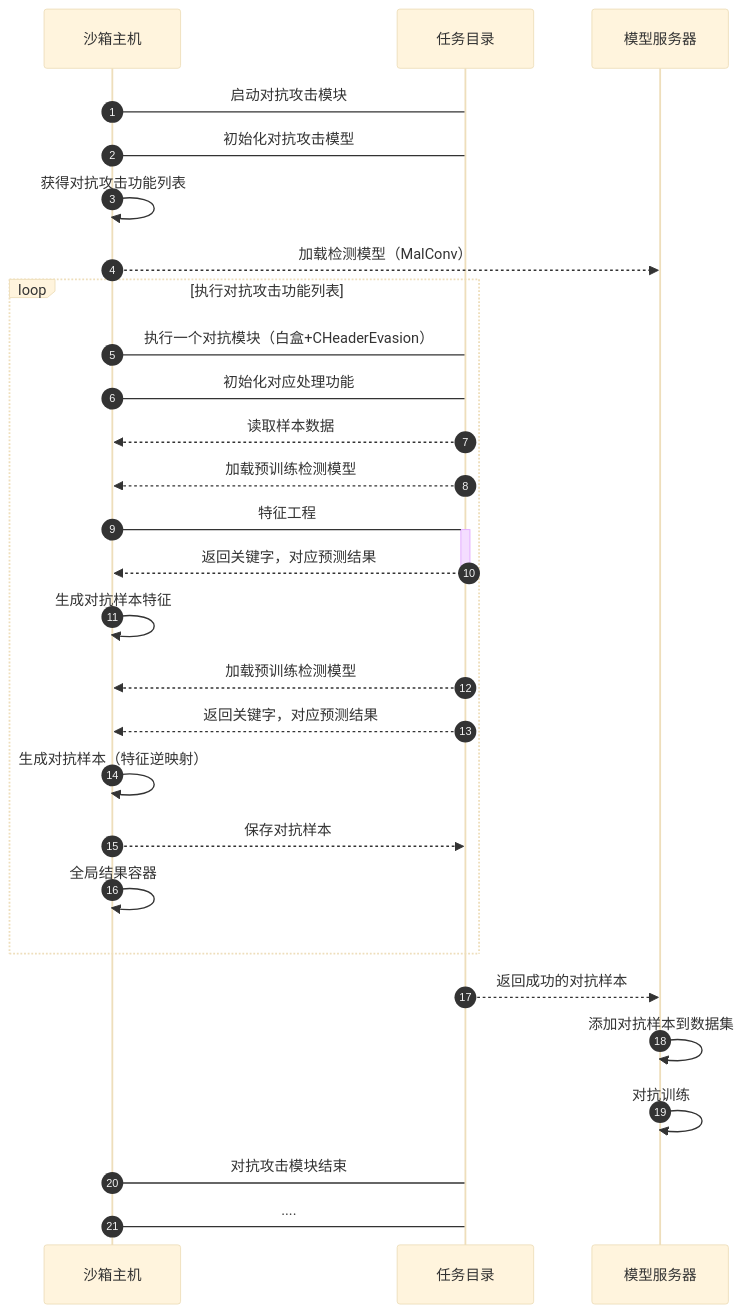
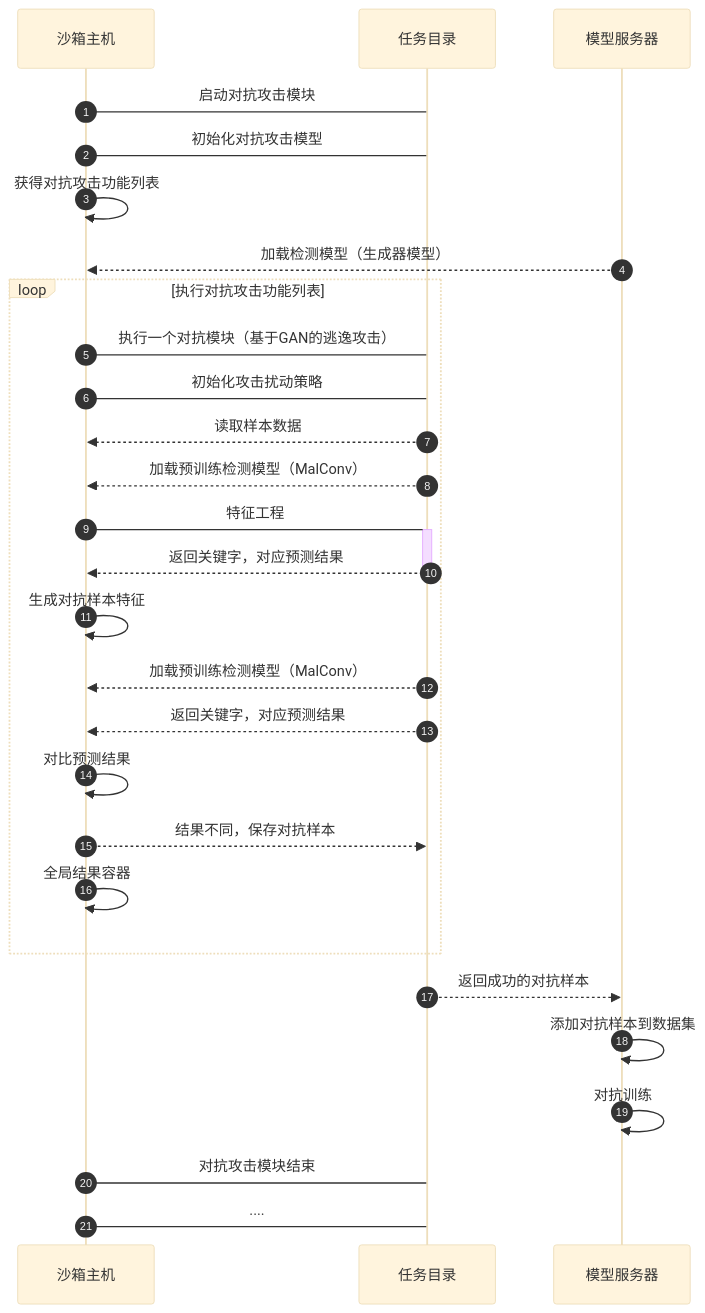
One commit to PowerLZY/Bold-Falcon changed the seventh of 8 diagrams in docs/book/DevelopmentDocumentation.md. Above: the diagram before and after it, drawn with Mermaid (base theme). The commit also changed other lines of this file, not shown here.

````diff
--- a/docs/book/DevelopmentDocumentation.md
+++ b/docs/book/DevelopmentDocumentation.md
@@ -1436,36 +1436,36 @@
 ```mermaid
 %% 时序图例子,-> 直线，-->虚线，->>实线箭头
  sequenceDiagram
   participant 沙箱主机
   participant 任务目录
   participant 模型服务器
   autonumber 
     	#opt is run
       %%rect rgb(121, 255, 121)
       沙箱主机->任务目录: 启动对抗攻击模块
       沙箱主机->任务目录: 初始化对抗攻击模型
       #rect rgb(135,206,250)
       沙箱主机->>沙箱主机: 获得对抗攻击功能列表
-      沙箱主机-->>模型服务器: 加载检测模型（MalConv）
+      模型服务器-->>沙箱主机: 加载检测模型（生成器模型）
       loop 执行对抗攻击功能列表
-      沙箱主机->任务目录: 执行一个对抗模块（白盒+CHeaderEvasion）
-      沙箱主机->任务目录: 初始化对应处理功能
+      沙箱主机->任务目录: 执行一个对抗模块（基于GAN的逃逸攻击）
+      沙箱主机->任务目录: 初始化攻击扰动策略
       任务目录-->>沙箱主机: 读取样本数据
-      任务目录-->>沙箱主机: 加载预训练检测模型
+      任务目录-->>沙箱主机: 加载预训练检测模型（MalConv）
       沙箱主机->+任务目录: 特征工程
       任务目录-->>-沙箱主机: 返回关键字，对应预测结果
       沙箱主机->>沙箱主机: 生成对抗样本特征
-      任务目录-->>沙箱主机: 加载预训练检测模型
+      任务目录-->>沙箱主机: 加载预训练检测模型（MalConv）
       任务目录-->>沙箱主机: 返回关键字，对应预测结果
-      沙箱主机->>沙箱主机: 生成对抗样本（特征逆映射）
-      沙箱主机-->>任务目录: 保存对抗样本
+      沙箱主机->>沙箱主机: 对比预测结果
+      沙箱主机-->>任务目录: 结果不同，保存对抗样本
       沙箱主机->>沙箱主机: 全局结果容器
       end
       任务目录-->>模型服务器: 返回成功的对抗样本
       模型服务器->>模型服务器: 添加对抗样本到数据集
       模型服务器->>模型服务器: 对抗训练
       沙箱主机->任务目录: 对抗攻击模块结束
       #end
       沙箱主机->任务目录: ....
     #en
 ```
````
